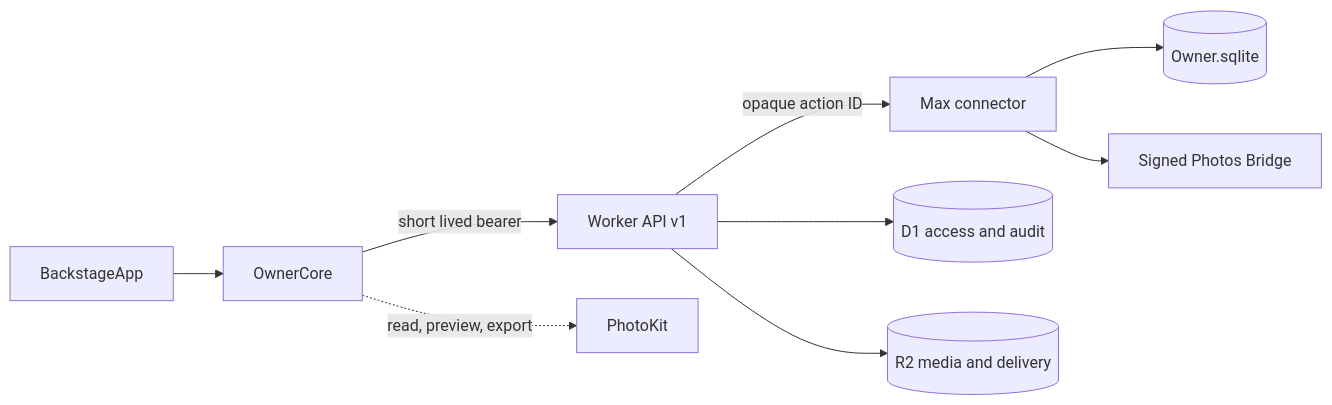
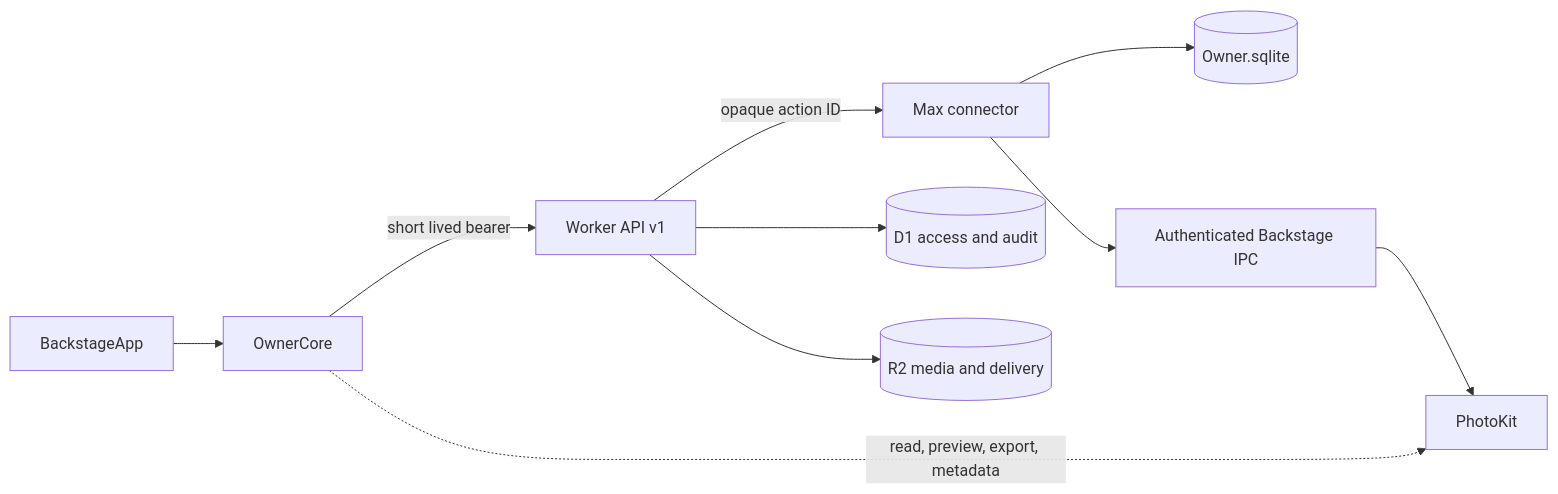
The diagram in docs/architecture/backstage-native.md (ec92009/PhotosByElie), drawn with Mermaid before and after one commit. The commit also changed other lines of this file and 30 other files, not shown here.

````diff
--- a/docs/architecture/backstage-native.md
+++ b/docs/architecture/backstage-native.md
@@ -110,11 +115,12 @@
 ```mermaid
 flowchart LR
   UI["BackstageApp"] --> Core["OwnerCore"]
   Core -->|short lived bearer| Worker["Worker API v1"]
   Worker -->|opaque action ID| Connector["Max connector"]
   Connector --> DB[("Owner.sqlite")]
-  Connector --> Bridge["Signed Photos Bridge"]
+  Connector --> BackstageIPC["Authenticated Backstage IPC"]
+  BackstageIPC --> PhotoKit["PhotoKit"]
   Worker --> D1[("D1 access and audit")]
   Worker --> R2[("R2 media and delivery")]
-  Core -. read, preview, export .-> PhotoKit["PhotoKit"]
+  Core -. read, preview, export, metadata .-> PhotoKit
 ```
````
